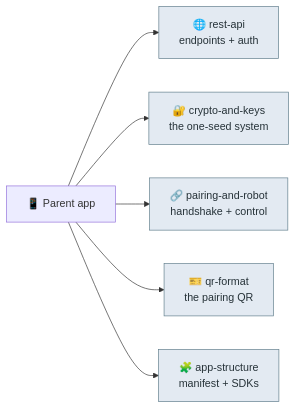
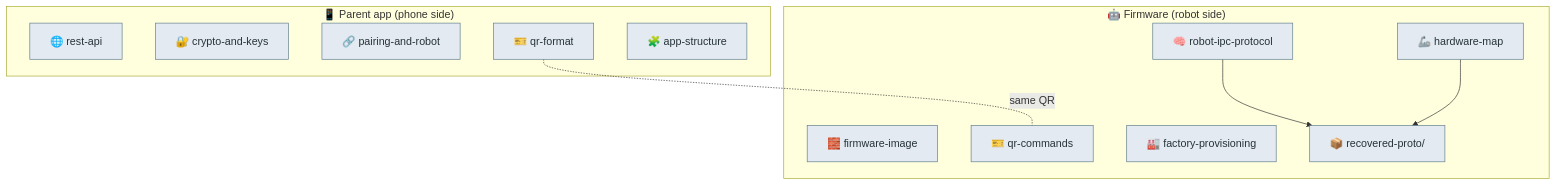
One commit to mvalancy/moxie-robot-saver changed the diagram in docs/reverse-engineering/README.md. Above: the diagram before and after it, drawn with Mermaid. The commit also changed other lines of this file and 128 other files, not shown here.

First line of the commit message:
RE: full robot-firmware teardown for custom software

````diff
--- a/docs/reverse-engineering/README.md
+++ b/docs/reverse-engineering/README.md
@@ -6,10 +9,23 @@
 ```mermaid
-flowchart LR
-    app["📱 Parent app"] --> rest["🌐 rest-api<br/>endpoints + auth"]
-    app --> crypto["🔐 crypto-and-keys<br/>the one-seed system"]
-    app --> pair["🔗 pairing-and-robot<br/>handshake + control"]
-    app --> qr["🎫 qr-format<br/>the pairing QR"]
-    app --> struct["🧩 app-structure<br/>manifest + SDKs"]
+flowchart TB
+    subgraph phone["📱 Parent app (phone side)"]
+      rest["🌐 rest-api"]
+      crypto["🔐 crypto-and-keys"]
+      pair["🔗 pairing-and-robot"]
+      qr["🎫 qr-format"]
+      struct["🧩 app-structure"]
+    end
+    subgraph robot["🤖 Firmware (robot side)"]
+      fw["🧱 firmware-image"]
+      ipc["🧠 robot-ipc-protocol"]
+      qrc["🎫 qr-commands"]
+      hw["🦾 hardware-map"]
+      fac["🏭 factory-provisioning"]
+      proto["📦 recovered-proto/"]
+    end
+    qr -.same QR.- qrc
+    ipc --> proto
+    hw --> proto
     classDef d fill:#e3eaf2,stroke:#607d8b,color:#263238;
-    class rest,crypto,pair,qr,struct d;
+    class rest,crypto,pair,qr,struct,fw,ipc,qrc,hw,fac,proto d;
 ```
````
